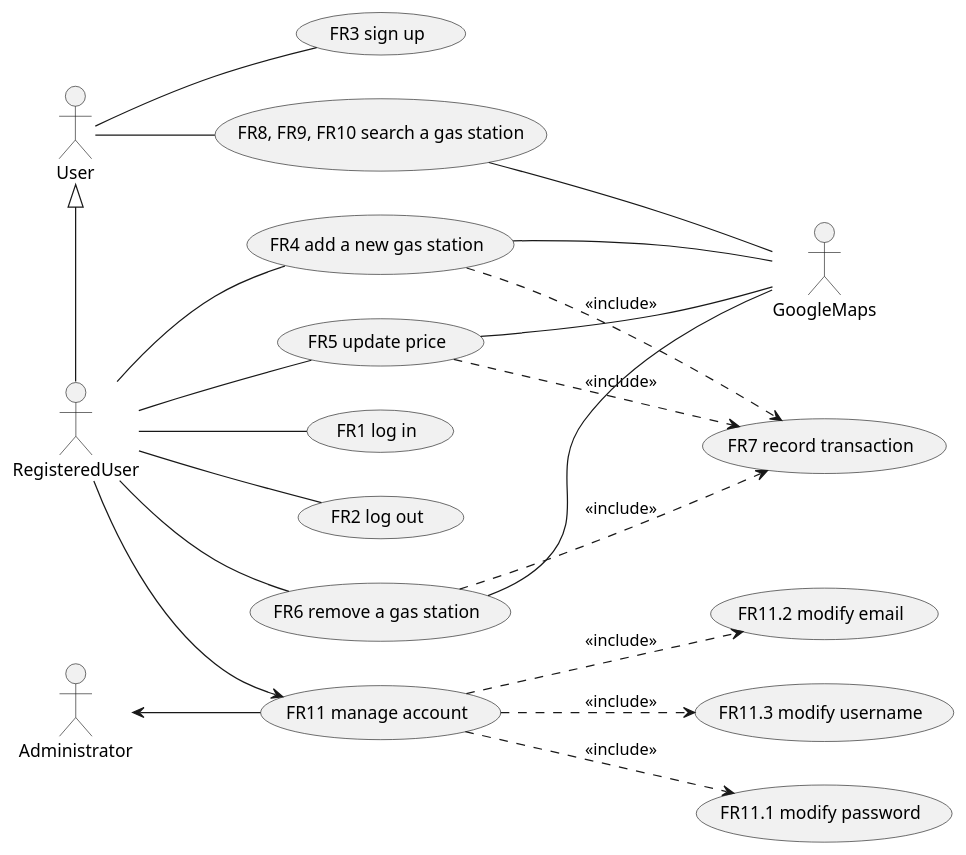
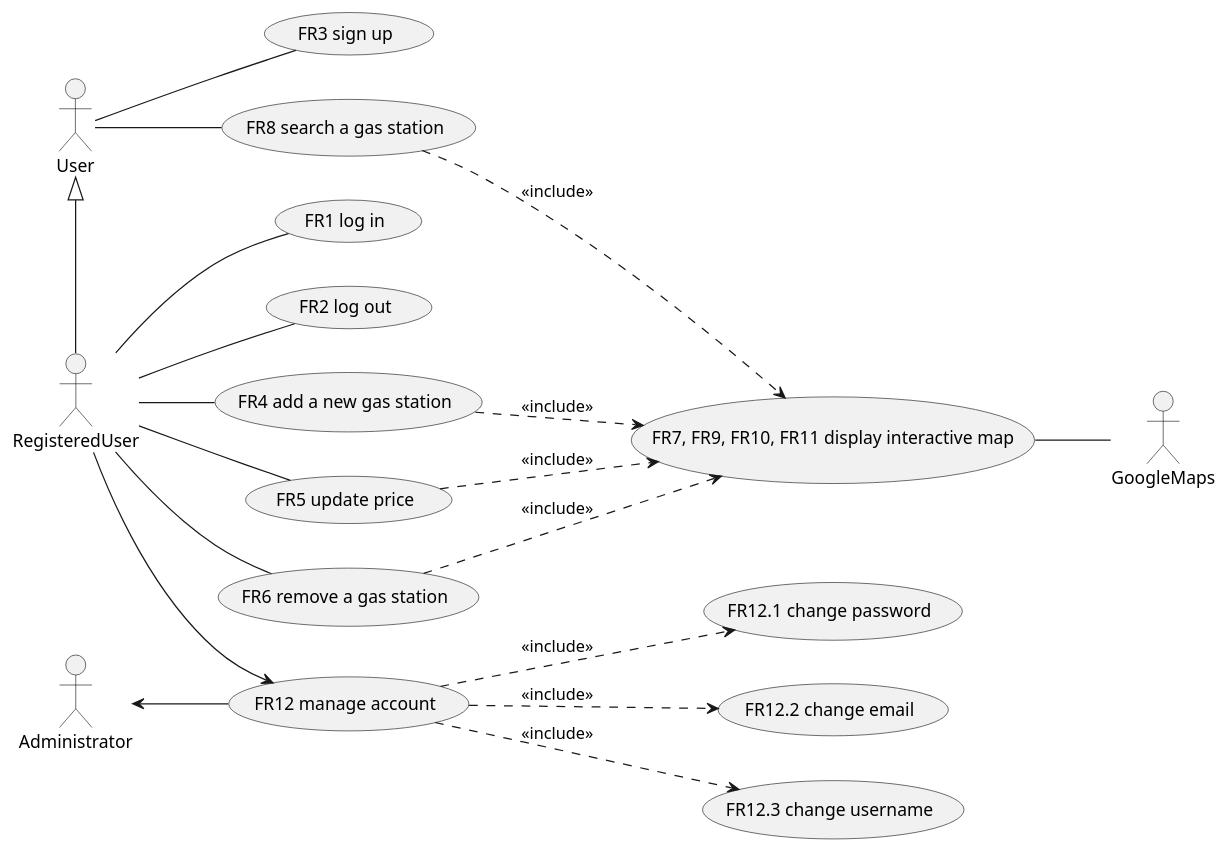
The second of 3 diagrams in REQ_s280113.md (SoftengPoliTo/Lab2), drawn with PlantUML before and after one commit. The commit also changed other lines of this file, not shown here.

````diff
--- a/REQ_s280113.md
+++ b/REQ_s280113.md
@@ -101,45 +103,42 @@
 ```plantuml
 left to right direction
 actor User as u
 actor GoogleMaps as gm
 actor RegisteredUser as ru
 actor Administrator as a
 usecase "FR1 log in" as login
 usecase "FR2 log out" as logout
 usecase "FR3 sign up" as signup
 usecase "FR4 add a new gas station" as add
 usecase "FR5 update price" as update
 usecase "FR6 remove a gas station" as remove
-usecase "FR7 record transaction" as rt
-usecase "FR8, FR9, FR10 search a gas station" as lf
-usecase "FR7 record transaction" as rt
-usecase "FR11 manage account" as manage
-usecase "FR11.1 modify password" as mpassword
-usecase "FR11.2 modify email" as memail
-usecase "FR11.3 modify username" as musername
+usecase "FR8 search a gas station" as lf
+usecase "FR7, FR9, FR10, FR11 display interactive map" as displaymap
+usecase "FR12 manage account" as manage
+usecase "FR12.1 change password" as mpassword
+usecase "FR12.2 change email" as memail
+usecase "FR12.3 change username" as musername
 
 u -- signup
 u -- lf
 u <|- ru
 
 ru -- add
 ru -- update
 ru -- remove
 ru -- login
 ru -- logout
 
 a <-- manage
 ru --> manage
 manage ..> mpassword : <<include>>
 manage ..> memail : <<include>>
 manage ..> musername : <<include>>
 
-add ..> rt : <<include>>
-update ..> rt: <<include>>
-remove ..> rt: <<include>>
+lf ..> displaymap : <<include>>
+add ..> displaymap : <<include>>
+update ..> displaymap: <<include>>
+remove ..> displaymap: <<include>>
 
-update -- gm
-add -- gm
-remove -- gm
-lf -- gm
+displaymap -- gm
 ```
````
